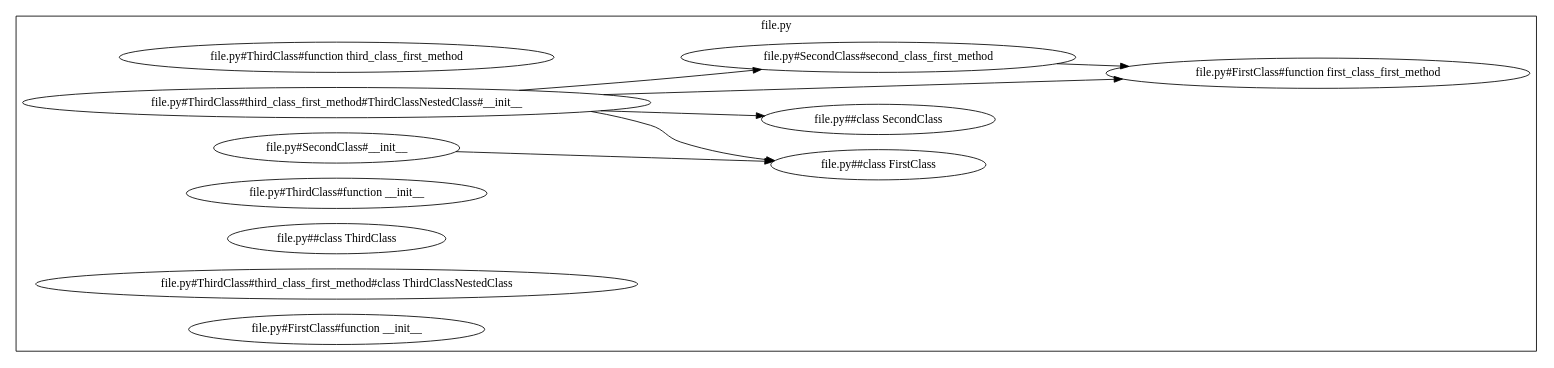
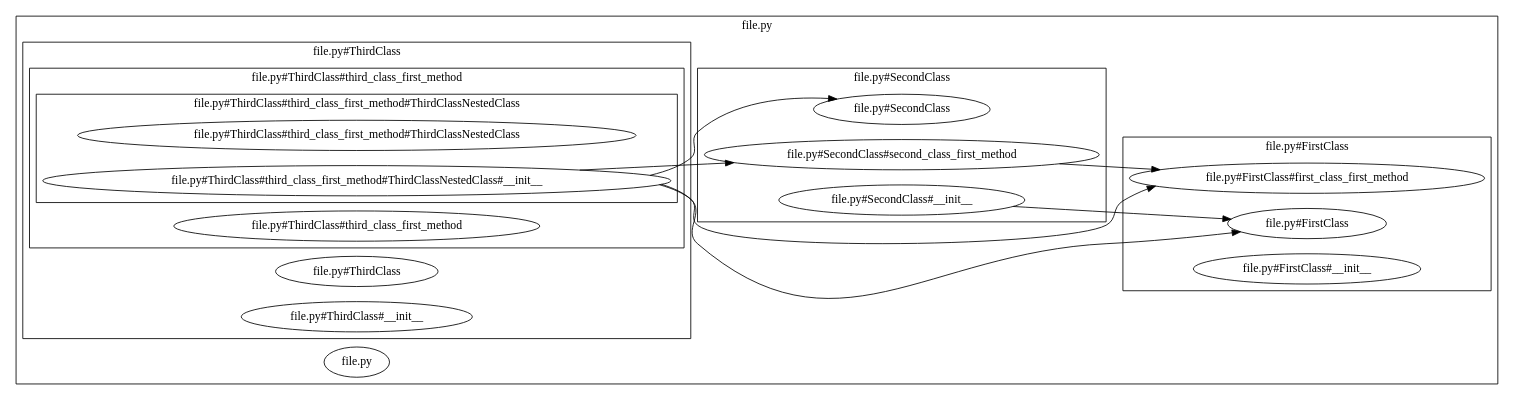
One commit to selfint/CodeBlocks changed the diagram in examples/one_file/code_blocks.gv. Above: the diagram before and after it, drawn with Graphviz. The commit also changed 7 other files, not shown here.

```diff
--- a/examples/one_file/code_blocks.gv
+++ b/examples/one_file/code_blocks.gv
@@ -1,30 +1,42 @@
-digraph G {
+digraph {
 	graph [rankdir=LR]
-	subgraph "cluster_file.py" {
-		graph [rankdir=LR]
-		graph [label="file.py"]
-		"file.py#ThirdClass#third_class_first_method" [label="file.py#ThirdClass#function third_class_first_method"]
-		"file.py#ThirdClass#third_class_first_method#ThirdClassNestedClass#__init__" [label="file.py#ThirdClass#third_class_first_method#ThirdClassNestedClass#function __init__"]
-		"file.py#SecondClass#__init__" [label="file.py#SecondClass#function __init__"]
-		"file.py#ThirdClass#__init__" [label="file.py#ThirdClass#function __init__"]
-		"file.py##SecondClass" [label="file.py##class SecondClass"]
-		"file.py##ThirdClass" [label="file.py##class ThirdClass"]
-		"file.py##FirstClass" [label="file.py##class FirstClass"]
-		"file.py#ThirdClass#third_class_first_method#ThirdClassNestedClass" [label="file.py#ThirdClass#third_class_first_method#class ThirdClassNestedClass"]
-		"file.py#FirstClass#first_class_first_method" [label="file.py#FirstClass#function first_class_first_method"]
-		"file.py#FirstClass#__init__" [label="file.py#FirstClass#function __init__"]
-		"file.py#SecondClass#second_class_first_method" [label="file.py#SecondClass#function second_class_first_method"]
-		"file.py#SecondClass#second_class_first_method" [label="file.py#SecondClass#second_class_first_method"]
-		"file.py#ThirdClass#third_class_first_method#ThirdClassNestedClass#__init__" [label="file.py#ThirdClass#third_class_first_method#ThirdClassNestedClass#__init__"]
-		"file.py#ThirdClass#third_class_first_method#ThirdClassNestedClass#__init__" [label="file.py#ThirdClass#third_class_first_method#ThirdClassNestedClass#__init__"]
-		"file.py#SecondClass#__init__" [label="file.py#SecondClass#__init__"]
-		"file.py#ThirdClass#third_class_first_method#ThirdClassNestedClass#__init__" [label="file.py#ThirdClass#third_class_first_method#ThirdClassNestedClass#__init__"]
-		"file.py#ThirdClass#third_class_first_method#ThirdClassNestedClass#__init__" [label="file.py#ThirdClass#third_class_first_method#ThirdClassNestedClass#__init__"]
+	{
+		graph [label="" rankdir=LR]
+		subgraph "cluster_file.py" {
+			graph [label="file.py" rankdir=LR]
+			"file.py" [label="file.py"]
+			subgraph "cluster_file.py#ThirdClass" {
+				graph [label="file.py#ThirdClass" rankdir=LR]
+				"file.py#ThirdClass" [label="file.py#ThirdClass"]
+				subgraph "cluster_file.py#ThirdClass#third_class_first_method" {
+					graph [label="file.py#ThirdClass#third_class_first_method" rankdir=LR]
+					"file.py#ThirdClass#third_class_first_method" [label="file.py#ThirdClass#third_class_first_method"]
+					subgraph "cluster_file.py#ThirdClass#third_class_first_method#ThirdClassNestedClass" {
+						graph [label="file.py#ThirdClass#third_class_first_method#ThirdClassNestedClass" rankdir=LR]
+						"file.py#ThirdClass#third_class_first_method#ThirdClassNestedClass" [label="file.py#ThirdClass#third_class_first_method#ThirdClassNestedClass"]
+						"file.py#ThirdClass#third_class_first_method#ThirdClassNestedClass#__init__" [label="file.py#ThirdClass#third_class_first_method#ThirdClassNestedClass#__init__"]
+					}
+				}
+				"file.py#ThirdClass#__init__" [label="file.py#ThirdClass#__init__"]
+			}
+			subgraph "cluster_file.py#FirstClass" {
+				graph [label="file.py#FirstClass" rankdir=LR]
+				"file.py#FirstClass" [label="file.py#FirstClass"]
+				"file.py#FirstClass#first_class_first_method" [label="file.py#FirstClass#first_class_first_method"]
+				"file.py#FirstClass#__init__" [label="file.py#FirstClass#__init__"]
+			}
+			subgraph "cluster_file.py#SecondClass" {
+				graph [label="file.py#SecondClass" rankdir=LR]
+				"file.py#SecondClass" [label="file.py#SecondClass"]
+				"file.py#SecondClass#__init__" [label="file.py#SecondClass#__init__"]
+				"file.py#SecondClass#second_class_first_method" [label="file.py#SecondClass#second_class_first_method"]
+			}
+		}
 	}
+	"file.py#ThirdClass#third_class_first_method#ThirdClassNestedClass#__init__" -> "file.py#SecondClass"
+	"file.py#ThirdClass#third_class_first_method#ThirdClassNestedClass#__init__" -> "file.py#FirstClass"
 	"file.py#ThirdClass#third_class_first_method#ThirdClassNestedClass#__init__" -> "file.py#SecondClass#second_class_first_method"
-	"file.py#ThirdClass#third_class_first_method#ThirdClassNestedClass#__init__" -> "file.py##SecondClass"
+	"file.py#SecondClass#__init__" -> "file.py#FirstClass"
 	"file.py#SecondClass#second_class_first_method" -> "file.py#FirstClass#first_class_first_method"
-	"file.py#ThirdClass#third_class_first_method#ThirdClassNestedClass#__init__" -> "file.py##FirstClass"
 	"file.py#ThirdClass#third_class_first_method#ThirdClassNestedClass#__init__" -> "file.py#FirstClass#first_class_first_method"
-	"file.py#SecondClass#__init__" -> "file.py##FirstClass"
 }
```
